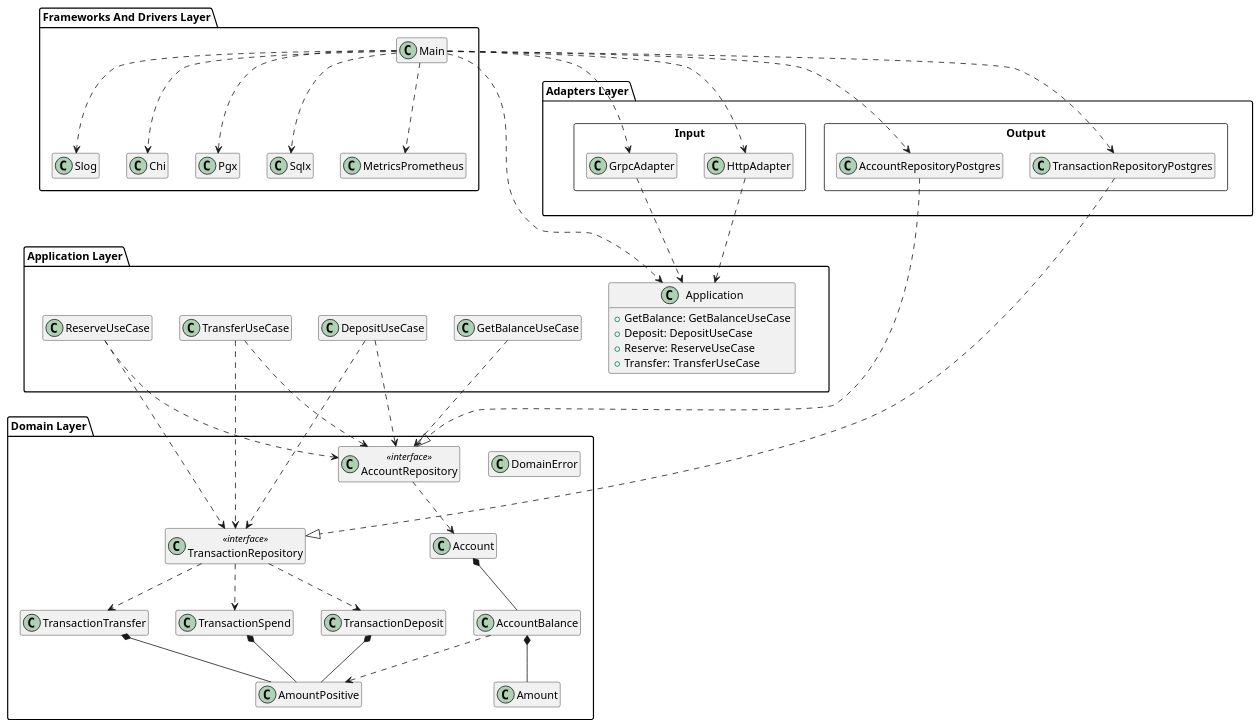
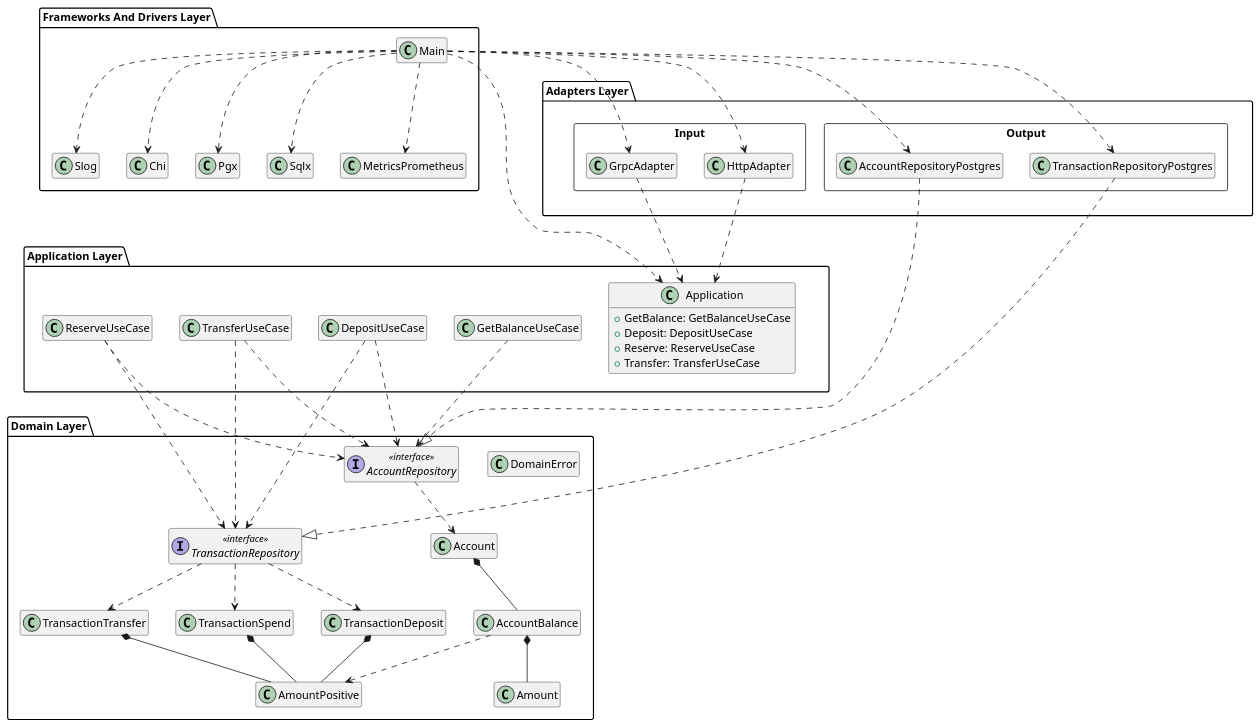
Before and after one commit to nktknshn/avito-internship-2022: the diagram in doc/simple.plantuml, drawn with PlantUML. The commit also changed 5 other files, not shown here.

Commit message:
docs: обновить README, добавить описание слоистой гексагональной архитектуры и улучшить диаграммы

```diff
--- a/doc/simple.plantuml
+++ b/doc/simple.plantuml
@@ -1,111 +1,111 @@
 @startuml
 
 
 ' left to right direction
 top to bottom direction 
 hide empty members
 
 
 ' "Domain Layer" -[hidden]down- "Application Layer"
 "Application Layer" -[hidden]down- "Adapters Layer"
 ' "Adapters Layer" -[hidden]down- "Frameworks And Drivers Layer"
 
 package "Domain Layer" {
     class Account {}
     class AccountBalance {}
     class Amount {}
     class AmountPositive {}
 
     class DomainError {}
 
-    class AccountRepository <<interface>> {}
-    class TransactionRepository <<interface>> {}
+    interface AccountRepository <<interface>> {}
+    interface TransactionRepository <<interface>> {}
 
     class TransactionSpend {}
     class TransactionDeposit {}
     class TransactionTransfer {}
 
     Account *-- AccountBalance
     AccountBalance *-- Amount
     AccountBalance ..> AmountPositive
 
     AccountRepository ..> Account
 
     TransactionRepository ..> TransactionSpend
     TransactionRepository ..> TransactionDeposit
     TransactionRepository ..> TransactionTransfer
 
     TransactionSpend *-- AmountPositive
     TransactionDeposit *-- AmountPositive
     TransactionTransfer *-- AmountPositive
 
 }
 
 package "Application Layer" {
     class Application {
         + GetBalance: GetBalanceUseCase
         + Deposit: DepositUseCase 
         + Reserve: ReserveUseCase
         + Transfer: TransferUseCase
     }
     class GetBalanceUseCase {}
     class DepositUseCase {}
     class ReserveUseCase {}
     class TransferUseCase {}
 
     ' DepositUseCase --o Application
     ' ReserveUseCase --o Application
     ' GetBalanceUseCase --o Application
     ' TransferUseCase --o Application
 
     TransferUseCase ..> AccountRepository
     DepositUseCase ..> AccountRepository
     ReserveUseCase ..> AccountRepository
     GetBalanceUseCase ..> AccountRepository
 
     TransferUseCase ..> TransactionRepository
     DepositUseCase ..> TransactionRepository
     ReserveUseCase ..> TransactionRepository
 }
 
 package "Adapters Layer" {
     
     rectangle "Input" {
         class HttpAdapter {}
         class GrpcAdapter {}
     }
 
     rectangle "Output" {
         class AccountRepositoryPostgres {}
         class TransactionRepositoryPostgres {}
     }
 
     HttpAdapter ..> Application
     GrpcAdapter ..> Application
 }
 
 package "Frameworks And Drivers Layer" {
     class Main {}
     class Sqlx {}
     class MetricsPrometheus {}
     class Slog {}
     class Chi {}
     class Pgx {}
 
     Main ..> Application
     Main ..> Sqlx
     Main ..> MetricsPrometheus
     Main ..> Slog
     Main ..> Chi
     Main ..> Pgx
-    
+
     Main ..> HttpAdapter
     Main ..> GrpcAdapter
     Main ..> AccountRepositoryPostgres
     Main ..> TransactionRepositoryPostgres
 
     AccountRepositoryPostgres ..|> AccountRepository
     TransactionRepositoryPostgres ..|> TransactionRepository
 }
 
 @enduml
```
